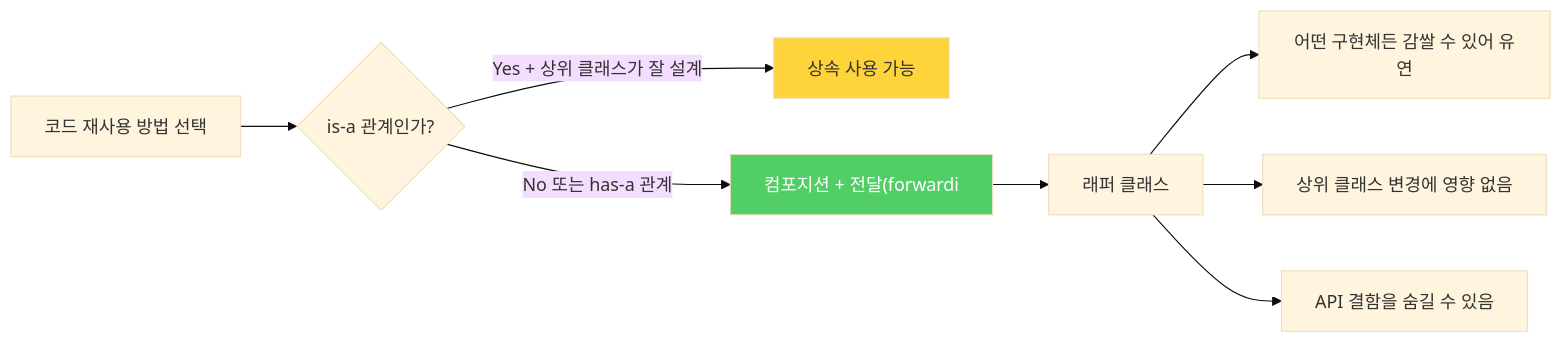
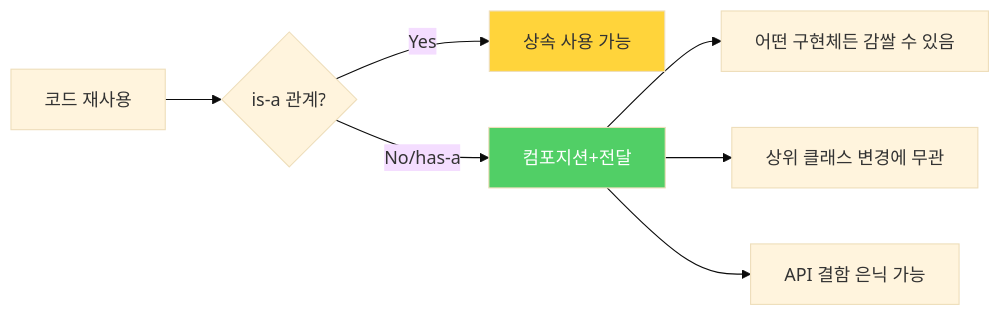
One commit to yjkim2015/yjkim2015.github.io changed the fourth of 4 diagrams in _posts/java/2022-01-03-effective-java18.md. Above: the diagram before and after it, drawn with Mermaid (base theme). The commit also changed other lines of this file and 245 other files, not shown here.

First line of the commit message:
Mermaid 다이어그램 전면 수정 + 면접 포인트 접기/펼치기 + DB 데드락 페이지

````diff
--- a/_posts/java/2022-01-03-effective-java18.md
+++ b/_posts/java/2022-01-03-effective-java18.md
@@ -223,12 +223,11 @@
 ```mermaid
 graph LR
-    A["코드 재사용 방법 선택"] --> B{"is-a 관계인가?"}
-    B -->|"Yes + 상위 클래스가 잘 설계"| C["상속 사용 가능"]
-    B -->|"No 또는 has-a 관계"| D["컴포지션 + 전달(forwardi"]
-    D --> E["래퍼 클래스"]
-    E --> E1["어떤 구현체든 감쌀 수 있어 유연"]
-    E --> E2["상위 클래스 변경에 영향 없음"]
-    E --> E3["API 결함을 숨길 수 있음"]
+    A["코드 재사용"] --> B{"is-a 관계?"}
+    B -->|"Yes"| C["상속 사용 가능"]
+    B -->|"No/has-a"| D["컴포지션+전달"]
+    D --> E1["어떤 구현체든 감쌀 수 있음"]
+    D --> E2["상위 클래스 변경에 무관"]
+    D --> E3["API 결함 은닉 가능"]
     style D fill:#51cf66,color:#fff
     style C fill:#ffd43b
 ```
````
